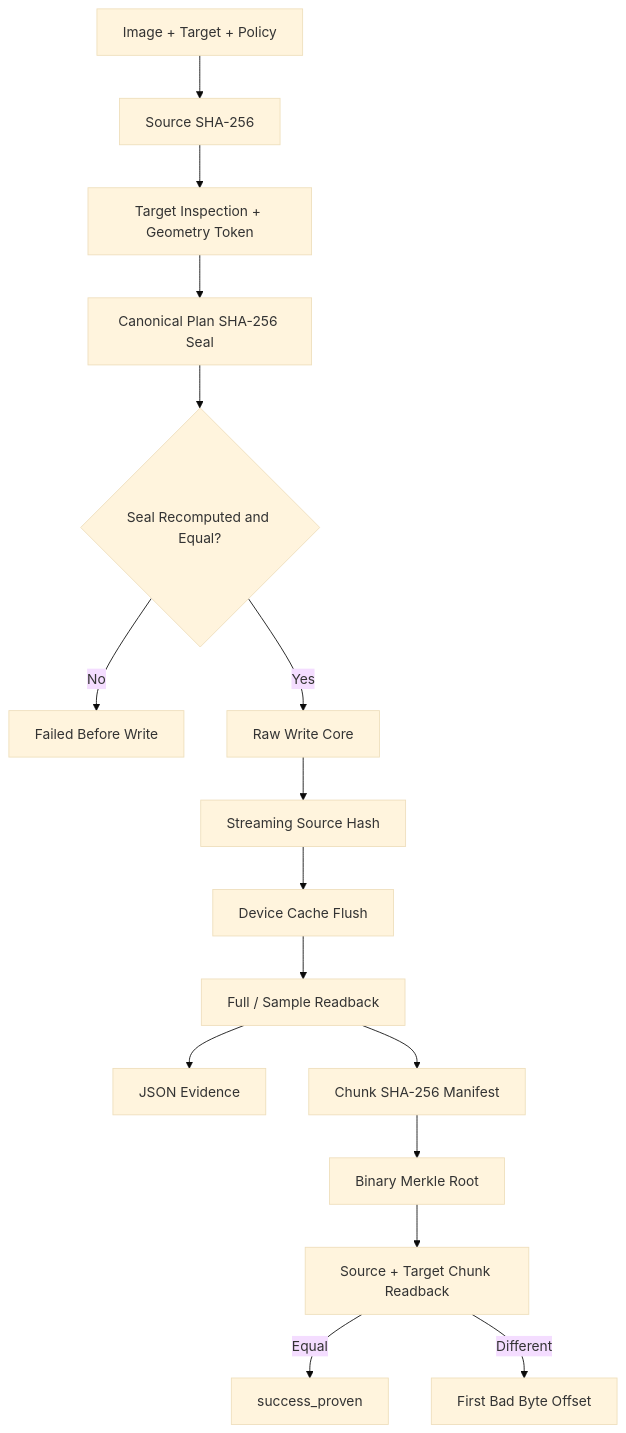
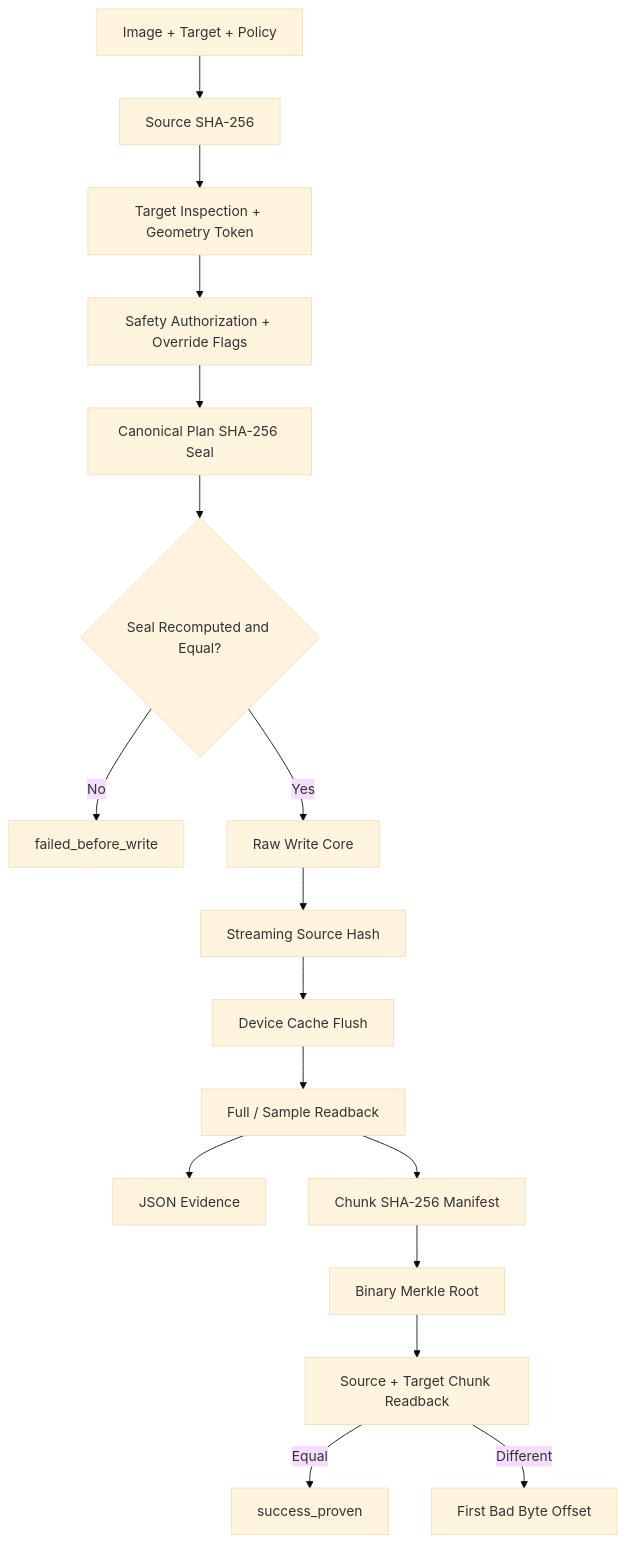
One commit to Deadbytes101/DEADFLASH changed the diagram in README.md. Above: the diagram before and after it, drawn with Mermaid (base theme). The commit also changed other lines of this file, not shown here.

Commit message:
document sealed safety policy and proof benchmark

````diff
--- a/README.md
+++ b/README.md
@@ -186,18 +211,19 @@
 ```mermaid
 flowchart TD
     INPUT[Image + Target + Policy] --> HASH[Source SHA-256]
     HASH --> TARGET[Target Inspection + Geometry Token]
-    TARGET --> SEAL[Canonical Plan SHA-256 Seal]
+    TARGET --> SAFETY[Safety Authorization + Override Flags]
+    SAFETY --> SEAL[Canonical Plan SHA-256 Seal]
     SEAL --> AUTH{Seal Recomputed and Equal?}
-    AUTH -->|No| ABORT[Failed Before Write]
+    AUTH -->|No| ABORT[failed_before_write]
     AUTH -->|Yes| CORE[Raw Write Core]
     CORE --> STREAM[Streaming Source Hash]
     STREAM --> FLUSH[Device Cache Flush]
     FLUSH --> VERIFY[Full / Sample Readback]
     VERIFY --> EVIDENCE[JSON Evidence]
     VERIFY --> MANIFEST[Chunk SHA-256 Manifest]
     MANIFEST --> MERKLE[Binary Merkle Root]
     MERKLE --> PROOF[Source + Target Chunk Readback]
     PROOF -->|Equal| PROVEN[success_proven]
     PROOF -->|Different| OFFSET[First Bad Byte Offset]
 ```
````
